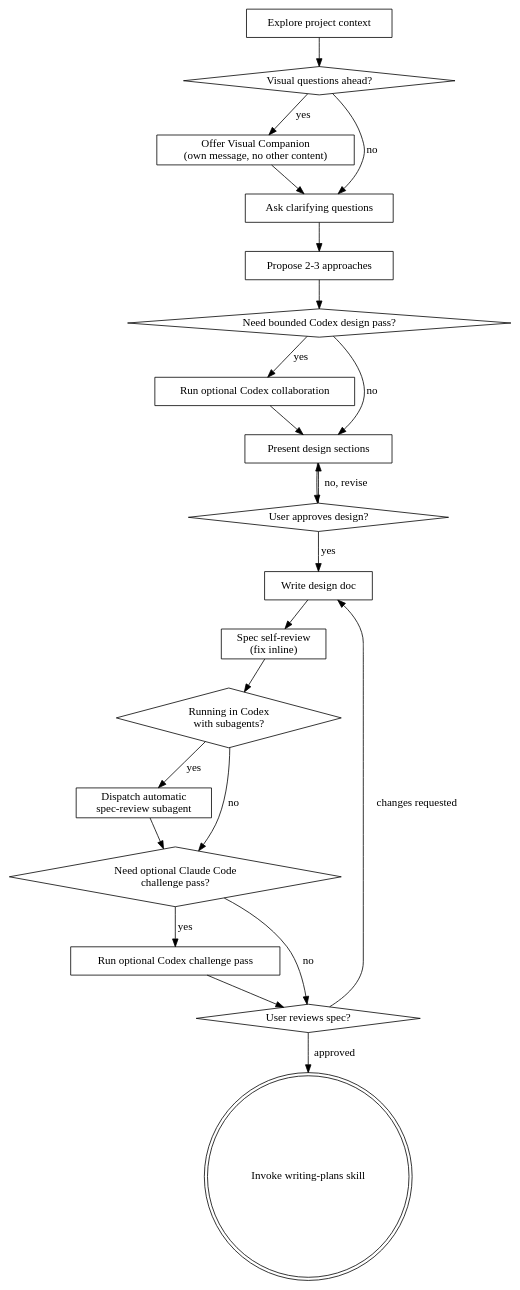
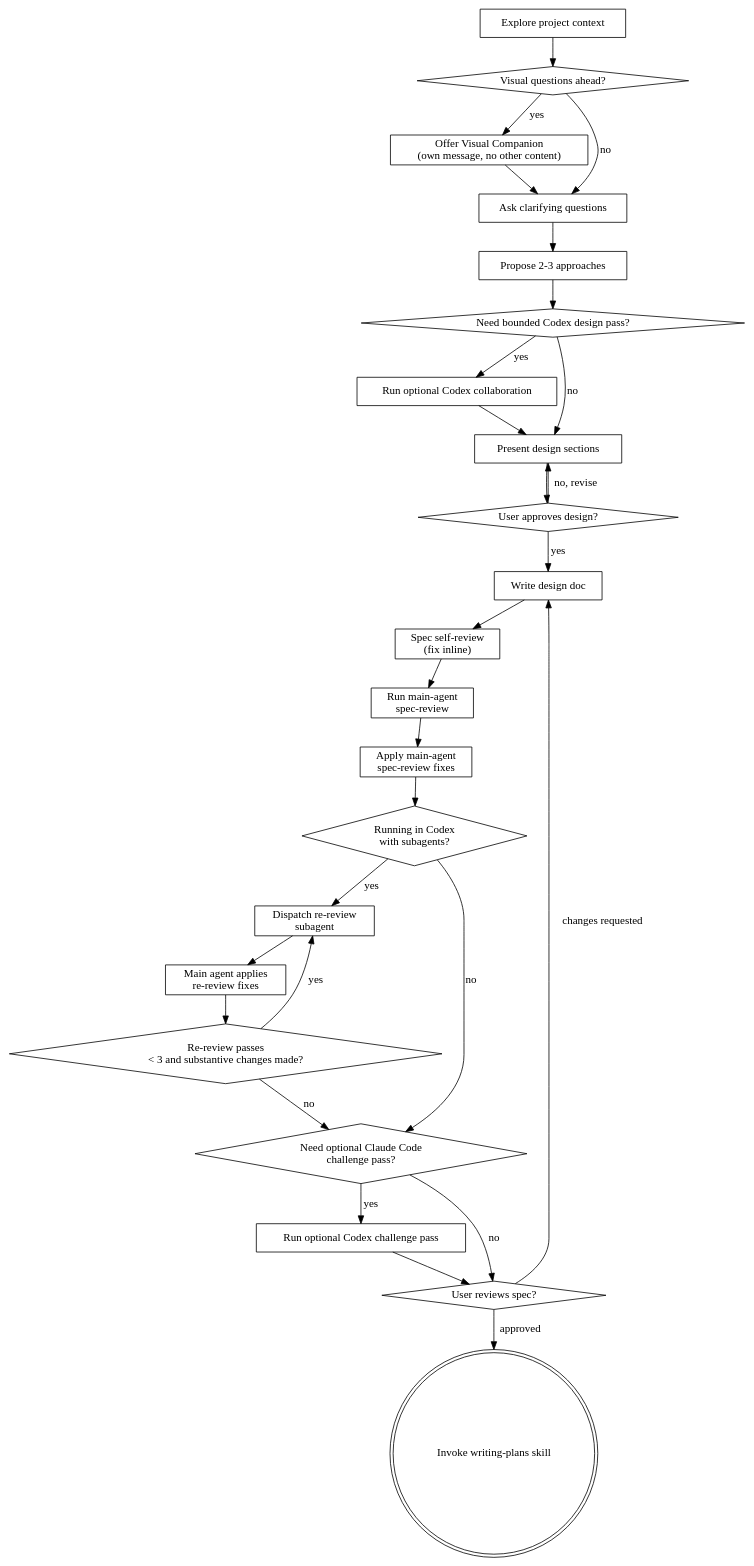
The diagram in skills/brainstorming/SKILL.md (nakkulla/superpowers), drawn with Graphviz before and after one commit. The commit also changed other lines of this file, not shown here.

Commit message:
brainstorming spec-review 재검토 루프 정리

````diff
--- a/skills/brainstorming/SKILL.md
+++ b/skills/brainstorming/SKILL.md
@@ -40,44 +41,53 @@
 ```dot
 digraph brainstorming {
     "Explore project context" [shape=box];
     "Visual questions ahead?" [shape=diamond];
     "Offer Visual Companion\n(own message, no other content)" [shape=box];
     "Ask clarifying questions" [shape=box];
     "Propose 2-3 approaches" [shape=box];
     "Need bounded Codex design pass?" [shape=diamond];
     "Run optional Codex collaboration" [shape=box];
     "Present design sections" [shape=box];
     "User approves design?" [shape=diamond];
     "Write design doc" [shape=box];
     "Spec self-review\n(fix inline)" [shape=box];
+    "Run main-agent\nspec-review" [shape=box];
+    "Apply main-agent\nspec-review fixes" [shape=box];
     "Running in Codex\nwith subagents?" [shape=diamond];
-    "Dispatch automatic\nspec-review subagent" [shape=box];
+    "Dispatch re-review\nsubagent" [shape=box];
+    "Main agent applies\nre-review fixes" [shape=box];
+    "Re-review passes\n< 3 and substantive changes made?" [shape=diamond];
     "Need optional Claude Code\nchallenge pass?" [shape=diamond];
     "Run optional Codex challenge pass" [shape=box];
     "User reviews spec?" [shape=diamond];
     "Invoke writing-plans skill" [shape=doublecircle];
 
     "Explore project context" -> "Visual questions ahead?";
     "Visual questions ahead?" -> "Offer Visual Companion\n(own message, no other content)" [label="yes"];
     "Visual questions ahead?" -> "Ask clarifying questions" [label="no"];
     "Offer Visual Companion\n(own message, no other content)" -> "Ask clarifying questions";
     "Ask clarifying questions" -> "Propose 2-3 approaches";
     "Propose 2-3 approaches" -> "Need bounded Codex design pass?";
     "Need bounded Codex design pass?" -> "Run optional Codex collaboration" [label="yes"];
     "Need bounded Codex design pass?" -> "Present design sections" [label="no"];
     "Run optional Codex collaboration" -> "Present design sections";
     "Present design sections" -> "User approves design?";
     "User approves design?" -> "Present design sections" [label="no, revise"];
     "User approves design?" -> "Write design doc" [label="yes"];
     "Write design doc" -> "Spec self-review\n(fix inline)";
-    "Spec self-review\n(fix inline)" -> "Running in Codex\nwith subagents?";
-    "Running in Codex\nwith subagents?" -> "Dispatch automatic\nspec-review subagent" [label="yes"];
+    "Spec self-review\n(fix inline)" -> "Run main-agent\nspec-review";
+    "Run main-agent\nspec-review" -> "Apply main-agent\nspec-review fixes";
+    "Apply main-agent\nspec-review fixes" -> "Running in Codex\nwith subagents?";
+    "Running in Codex\nwith subagents?" -> "Dispatch re-review\nsubagent" [label="yes"];
     "Running in Codex\nwith subagents?" -> "Need optional Claude Code\nchallenge pass?" [label="no"];
-    "Dispatch automatic\nspec-review subagent" -> "Need optional Claude Code\nchallenge pass?";
+    "Dispatch re-review\nsubagent" -> "Main agent applies\nre-review fixes";
+    "Main agent applies\nre-review fixes" -> "Re-review passes\n< 3 and substantive changes made?";
+    "Re-review passes\n< 3 and substantive changes made?" -> "Dispatch re-review\nsubagent" [label="yes"];
+    "Re-review passes\n< 3 and substantive changes made?" -> "Need optional Claude Code\nchallenge pass?" [label="no"];
     "Need optional Claude Code\nchallenge pass?" -> "Run optional Codex challenge pass" [label="yes"];
     "Need optional Claude Code\nchallenge pass?" -> "User reviews spec?" [label="no"];
     "Run optional Codex challenge pass" -> "User reviews spec?";
     "User reviews spec?" -> "Write design doc" [label="changes requested"];
     "User reviews spec?" -> "Invoke writing-plans skill" [label="approved"];
 }
 ```
````
